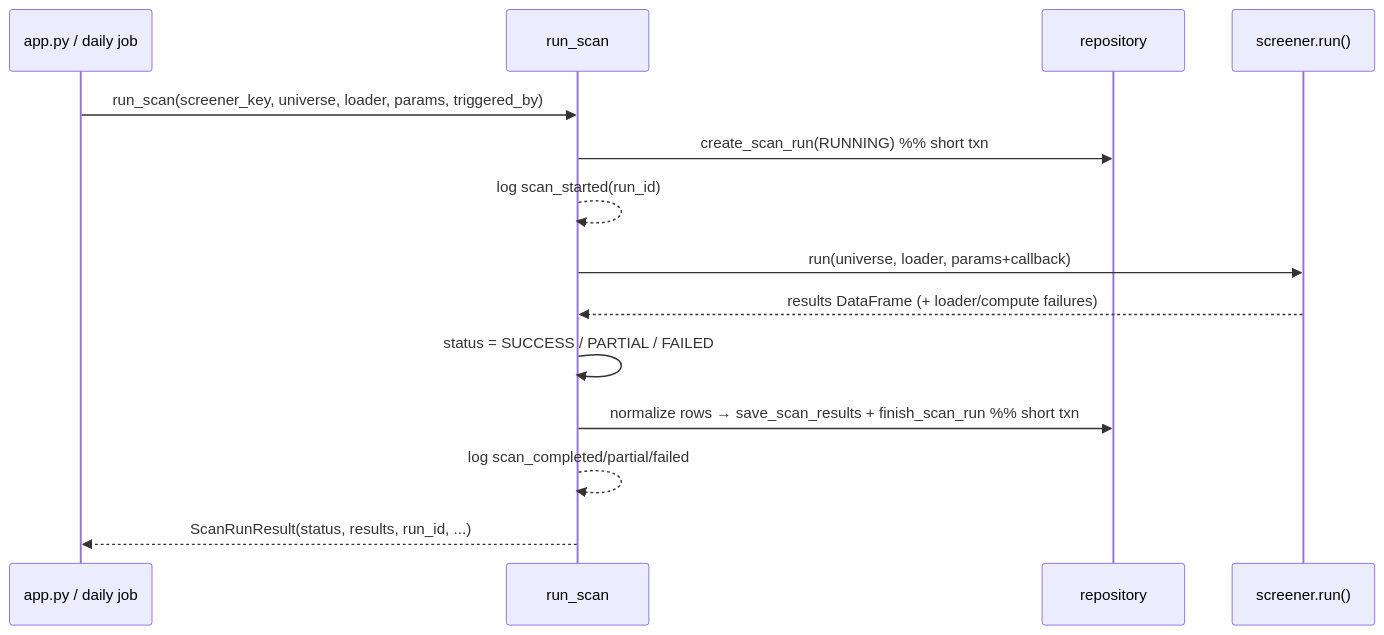
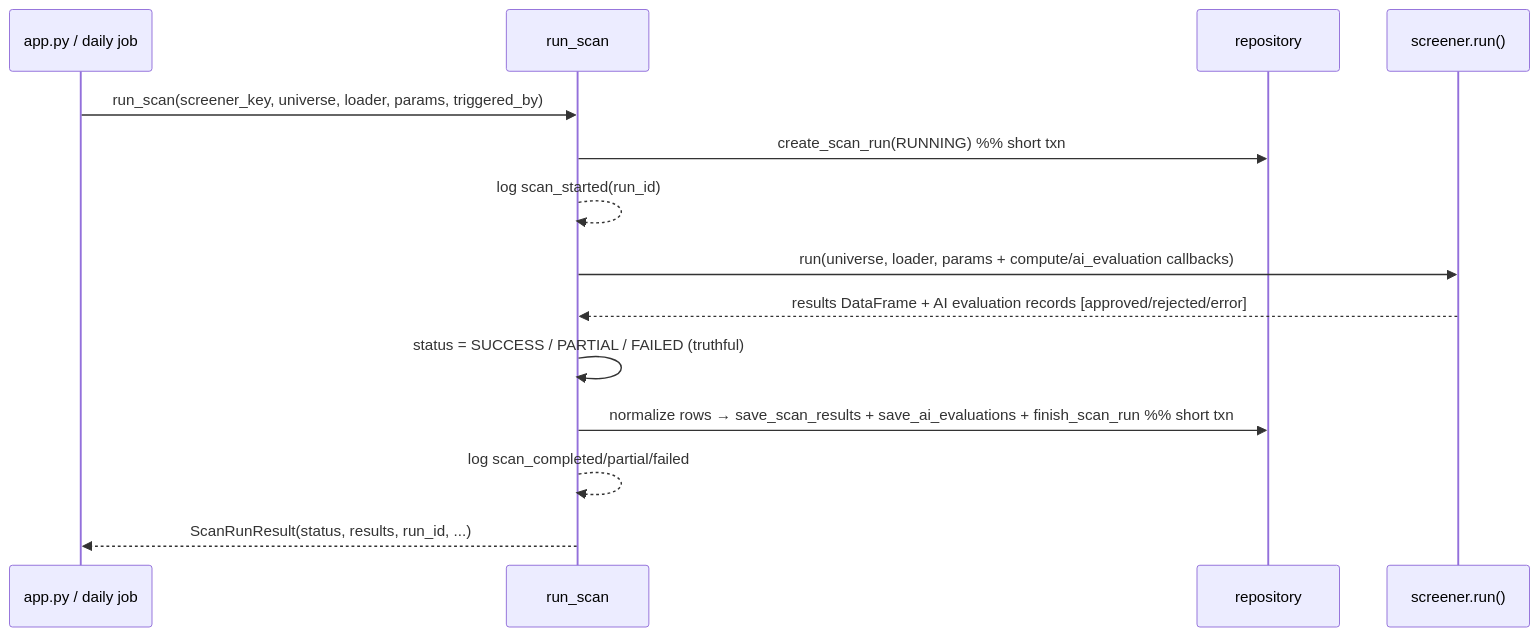
The diagram in docs/architecture/components/scan-service-and-provenance.md (DoRmAmMu1997/Streamlit-Scanner-App), drawn with Mermaid before and after one commit. The commit also changed other lines of this file and 10 other files, not shown here.

````diff
--- a/docs/architecture/components/scan-service-and-provenance.md
+++ b/docs/architecture/components/scan-service-and-provenance.md
@@ -27,16 +30,16 @@
 ```mermaid
 sequenceDiagram
     participant Caller as app.py / daily job
     participant Svc as run_scan
     participant Repo as repository
     participant Screener as screener.run()
     Caller->>Svc: run_scan(screener_key, universe, loader, params, triggered_by)
     Svc->>Repo: create_scan_run(RUNNING)  %% short txn
     Svc-->>Svc: log scan_started(run_id)
-    Svc->>Screener: run(universe, loader, params+callback)
-    Screener-->>Svc: results DataFrame (+ loader/compute failures)
-    Svc->>Svc: status = SUCCESS / PARTIAL / FAILED
-    Svc->>Repo: normalize rows → save_scan_results + finish_scan_run  %% short txn
+    Svc->>Screener: run(universe, loader, params + compute/ai_evaluation callbacks)
+    Screener-->>Svc: results DataFrame + AI evaluation records [approved/rejected/error]
+    Svc->>Svc: status = SUCCESS / PARTIAL / FAILED (truthful)
+    Svc->>Repo: normalize rows → save_scan_results + save_ai_evaluations + finish_scan_run  %% short txn
     Svc-->>Svc: log scan_completed/partial/failed
     Svc-->>Caller: ScanRunResult(status, results, run_id, ...)
 ```
````
